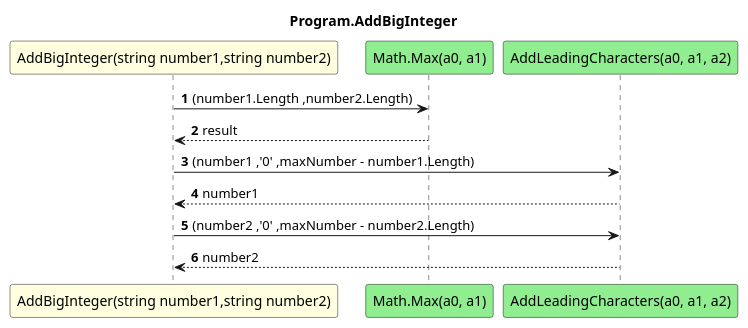
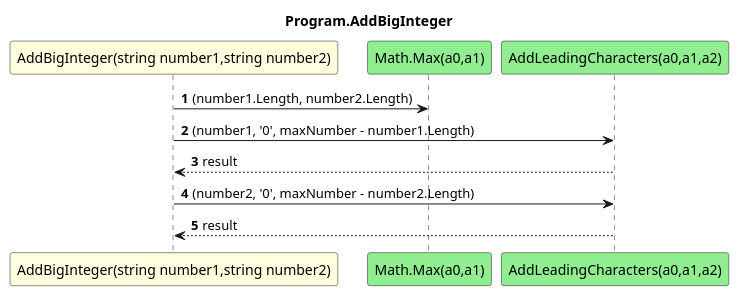
Before and after one commit to leoggehrer/2324-34_ABIF_ACIF_POSE: the diagram in AddBigInteger.ConApp/diagrams/sq_Program_AddBigInteger.puml, drawn with PlantUML. The commit also changed 17 other files, not shown here.

Commit message:
Diagrams generated.

```diff
--- a/AddBigInteger.ConApp/diagrams/sq_Program_AddBigInteger.puml
+++ b/AddBigInteger.ConApp/diagrams/sq_Program_AddBigInteger.puml
@@ -1,13 +1,12 @@
 @startuml Program.AddBigInteger
 title Program.AddBigInteger
 participant "AddBigInteger(string number1,string number2)" as AddBigInteger_p0_p1 #LightYellow
-participant "Math.Max(a0, a1)" as Math.Max_a0_a1 #LightGreen
-participant "AddLeadingCharacters(a0, a1, a2)" as AddLeadingCharacters_a0_a1_a2 #LightGreen
+participant "Math.Max(a0,a1)" as Math_Max_a0_a1 #LightGreen
+participant "AddLeadingCharacters(a0,a1,a2)" as AddLeadingCharacters_a0_a1_a2 #LightGreen
 autonumber
-AddBigInteger_p0_p1 -> Math.Max_a0_a1 : (number1.Length ,number2.Length)
-Math.Max_a0_a1 --> AddBigInteger_p0_p1 : result
-AddBigInteger_p0_p1 -> AddLeadingCharacters_a0_a1_a2 : (number1 ,'0' ,maxNumber - number1.Length)
-AddLeadingCharacters_a0_a1_a2 --> AddBigInteger_p0_p1 : number1
-AddBigInteger_p0_p1 -> AddLeadingCharacters_a0_a1_a2 : (number2 ,'0' ,maxNumber - number2.Length)
-AddLeadingCharacters_a0_a1_a2 --> AddBigInteger_p0_p1 : number2
+AddBigInteger_p0_p1 -> Math_Max_a0_a1 : (number1.Length, number2.Length)
+AddBigInteger_p0_p1 -> AddLeadingCharacters_a0_a1_a2 : (number1, '0', maxNumber - number1.Length)
+AddLeadingCharacters_a0_a1_a2 --> AddBigInteger_p0_p1 : result
+AddBigInteger_p0_p1 -> AddLeadingCharacters_a0_a1_a2 : (number2, '0', maxNumber - number2.Length)
+AddLeadingCharacters_a0_a1_a2 --> AddBigInteger_p0_p1 : result
 @enduml
```
